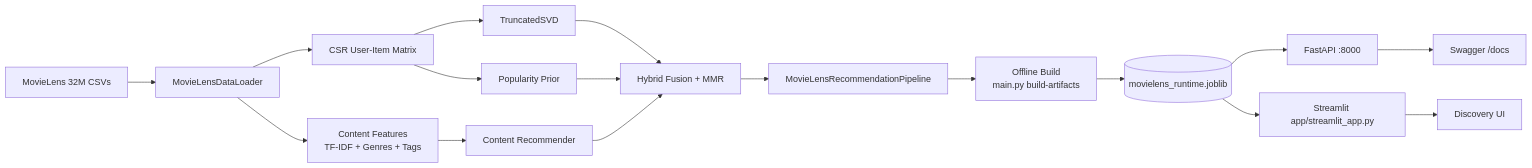
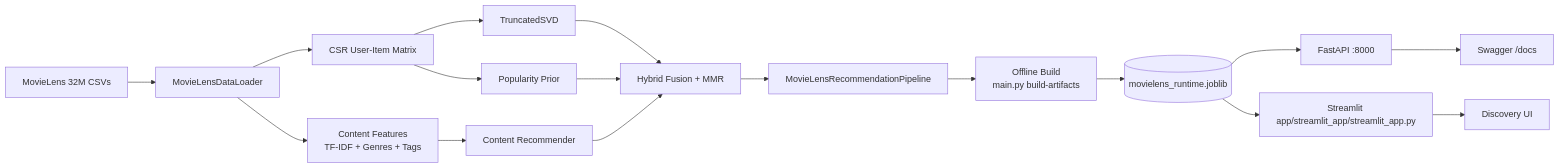
Before and after one commit to mightyalok00/movie-recommendation-system-scikit-learn: the diagram in README.md, drawn with Mermaid.

Commit message:
docs: finalize application layout references

````diff
--- a/README.md
+++ b/README.md
@@ -38,19 +38,19 @@
 ```mermaid
 flowchart LR
     A[MovieLens 32M CSVs] --> B[MovieLensDataLoader]
     B --> C[Content Features\nTF-IDF + Genres + Tags]
     B --> D[CSR User-Item Matrix]
     D --> E[TruncatedSVD]
     D --> F[Popularity Prior]
     C --> G[Content Recommender]
     E --> H[Hybrid Fusion + MMR]
     F --> H
     G --> H
     H --> I[MovieLensRecommendationPipeline]
     I --> J[Offline Build\nmain.py build-artifacts]
     J --> K[(movielens_runtime.joblib)]
     K --> L[FastAPI :8000]
-    K --> M[Streamlit app/streamlit_app.py]
+    K --> M[Streamlit app/streamlit_app/streamlit_app.py]
     L --> N[Swagger /docs]
     M --> O[Discovery UI]
 ```
````
